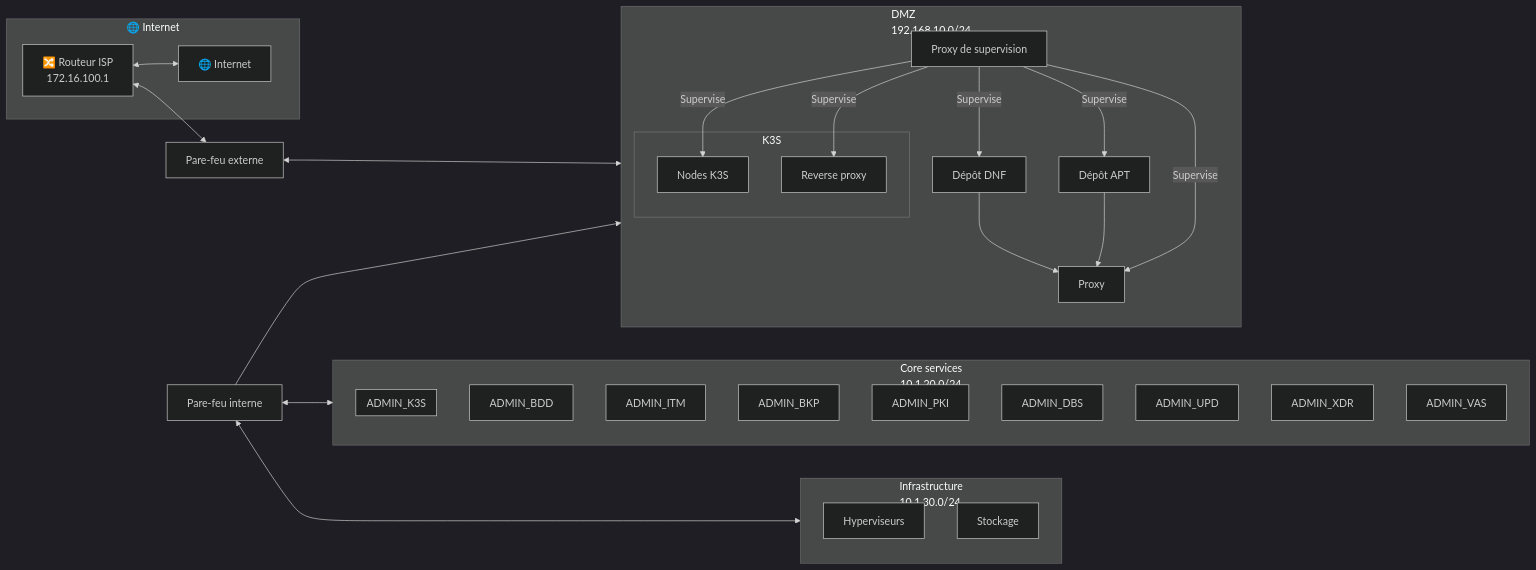
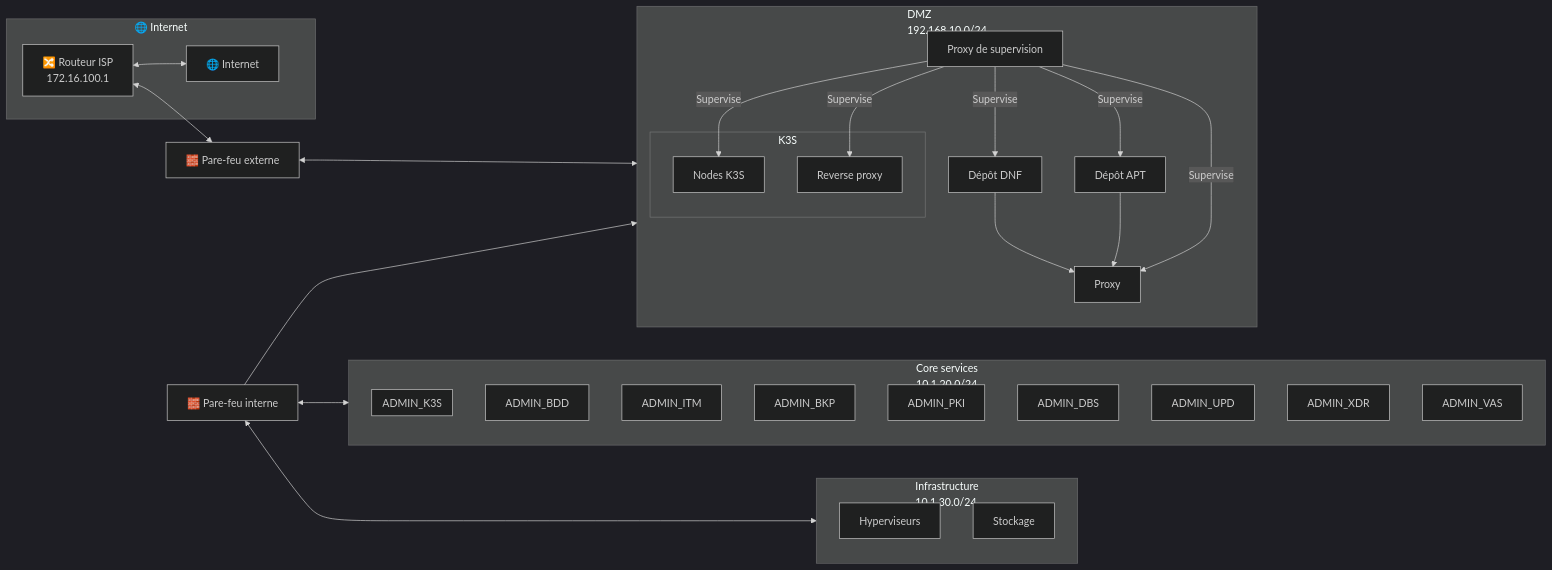
The diagram in 01-Infra/README.md (jmy37/infrathome), drawn with Mermaid (dark theme) before and after one commit.

````diff
--- a/01-Infra/README.md
+++ b/01-Infra/README.md
@@ -39,56 +39,56 @@
 ```mermaid
 flowchart LR
 
     subgraph ISP["🌐 Internet"]
         ISP_RT["🔀 Routeur ISP\n172.16.100.1"]
         ISP_INTERNET["🌐 Internet"]
         ISP_RT <--> ISP_INTERNET
     end
 
-    DMZ_FWL["Pare-feu externe"]
+    DMZ_FWL["🧱 Pare-feu externe"]
 
     subgraph DMZ["DMZ\n192.168.10.0/24"]
         DMZ_REPO-DNF["Dépôt DNF"]
         DMZ_REPO-APT["Dépôt APT"]
         DMZ_PROXY["Proxy"]
         DMZ_PROXY-SUP["Proxy de supervision"]
         subgraph DMZ_K3S["K3S"]
             DMZ_K3S_CORE["Nodes K3S"]
             DMZ_RP["Reverse proxy"]
         end
         DMZ_REPO-DNF --> DMZ_PROXY
         DMZ_REPO-APT --> DMZ_PROXY
         DMZ_PROXY-SUP -- Supervise --> DMZ_REPO-DNF
         DMZ_PROXY-SUP -- Supervise --> DMZ_REPO-APT
         DMZ_PROXY-SUP -- Supervise --> DMZ_PROXY
         DMZ_PROXY-SUP -- Supervise --> DMZ_K3S_CORE
         DMZ_PROXY-SUP -- Supervise --> DMZ_RP
     end
 
-    CS_FWL["Pare-feu interne"]
+    CS_FWL["🧱 Pare-feu interne"]
 
     subgraph ADMIN["Core services\n10.1.20.0/24"]
         ADMIN_BDD
         ADMIN_ITM
         ADMIN_BKP
         subgraph ADMIN_K3S
 
         end
         ADMIN_PKI
         ADMIN_DBS
         ADMIN_UPD
         ADMIN_XDR
         ADMIN_VAS
     end
 
     subgraph INFRA["Infrastructure\n10.1.30.0/24"]
         INFRA_HYP["Hyperviseurs"]
         INFRA_SAN["Stockage"]
     end
 
 ISP_RT <--> DMZ_FWL
 DMZ_FWL <--> DMZ
 CS_FWL --> DMZ
 CS_FWL <--> ADMIN
 CS_FWL <--> INFRA
 ```
````
